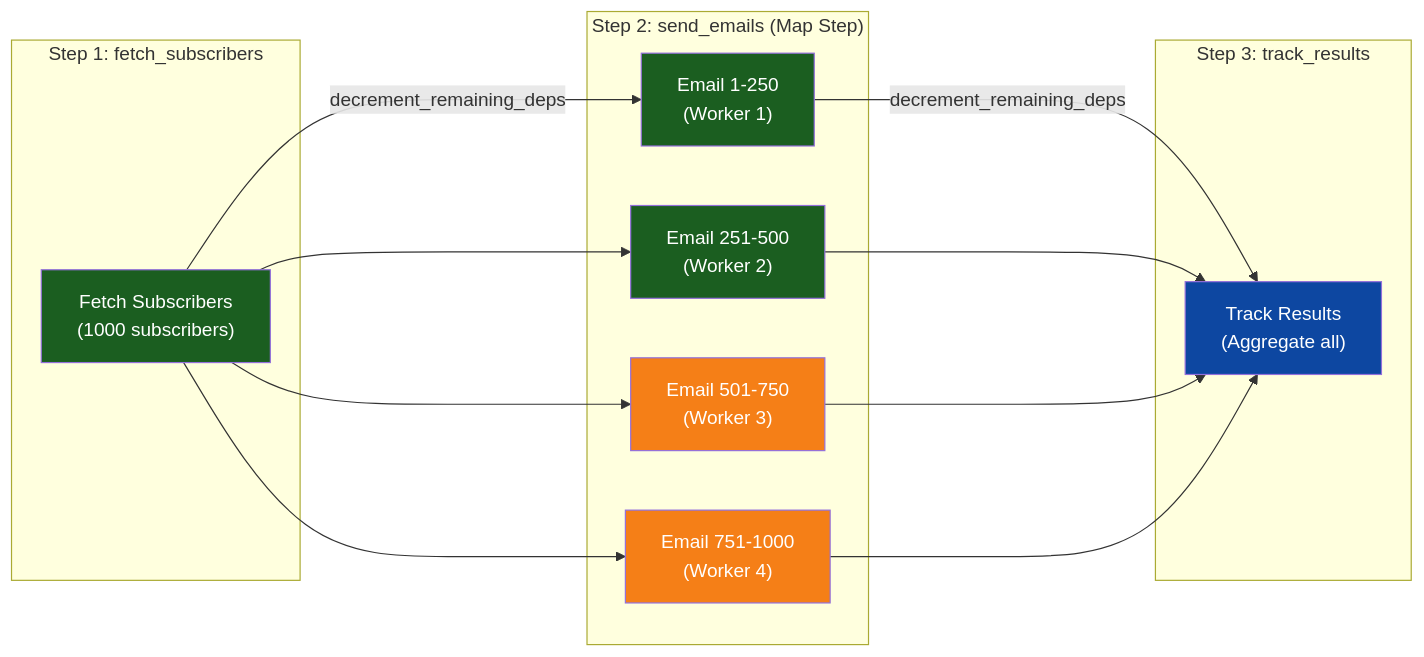
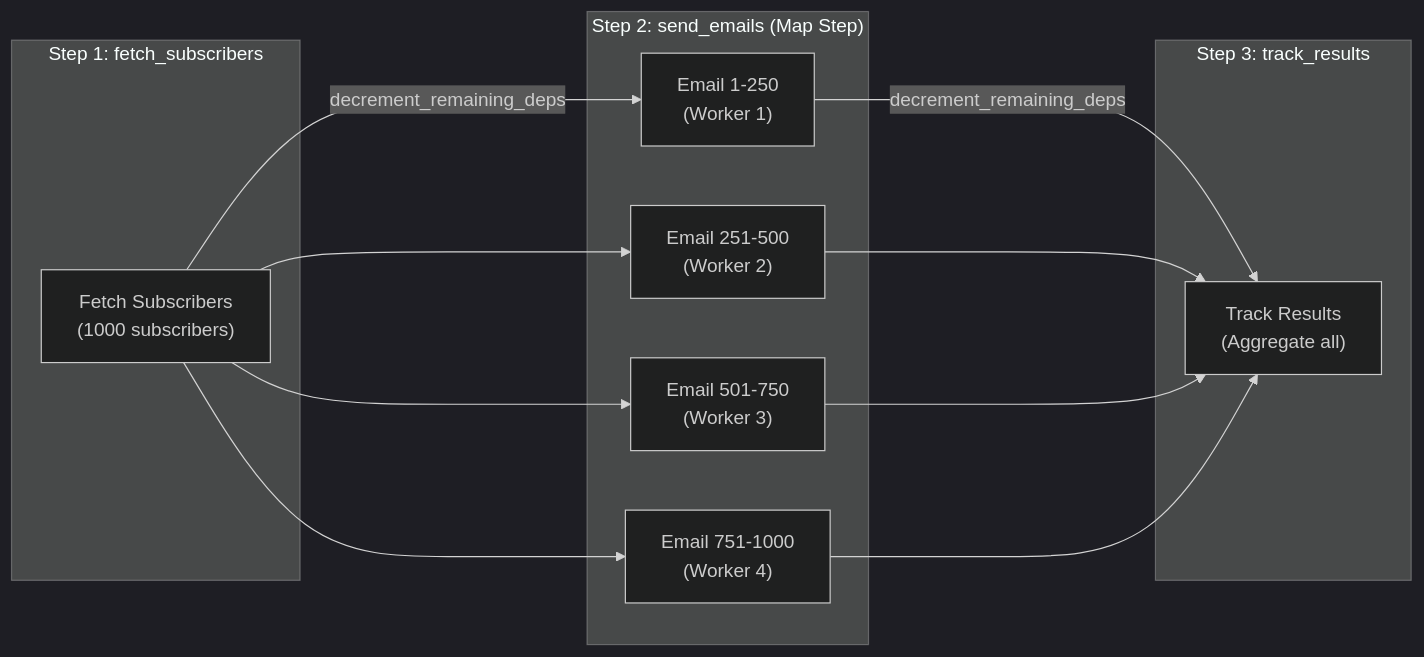
Diagram 13 of 13 in README.md (Singularity-ng/singularity-workflows), drawn with Mermaid before and after one commit. The commit also changed other lines of this file, not shown here.

First line of the commit message:
Use Mermaid's built-in dark theme for all diagrams

````diff
--- a/README.md
+++ b/README.md
@@ -530,34 +457,28 @@
 ```mermaid
+%%{init: {'theme':'dark'}}%%
 graph LR
     subgraph "Step 1: fetch_subscribers"
         F["Fetch Subscribers<br/>(1000 subscribers)"]
     end
 
     subgraph "Step 2: send_emails (Map Step)"
         E1["Email 1-250<br/>(Worker 1)"]
         E2["Email 251-500<br/>(Worker 2)"]
         E3["Email 501-750<br/>(Worker 3)"]
         E4["Email 751-1000<br/>(Worker 4)"]
     end
 
     subgraph "Step 3: track_results"
         T["Track Results<br/>(Aggregate all)"]
     end
 
     F -->|decrement_remaining_deps| E1
     F --> E2
     F --> E3
     F --> E4
 
     E1 -->|decrement_remaining_deps| T
     E2 --> T
     E3 --> T
     E4 --> T
-
-    style F fill:#1b5e20,color:#fff
-    style E1 fill:#1b5e20,color:#fff
-    style E2 fill:#1b5e20,color:#fff
-    style E3 fill:#f57f17,color:#fff
-    style E4 fill:#f57f17,color:#fff
-    style T fill:#0d47a1,color:#fff
 ```
````
